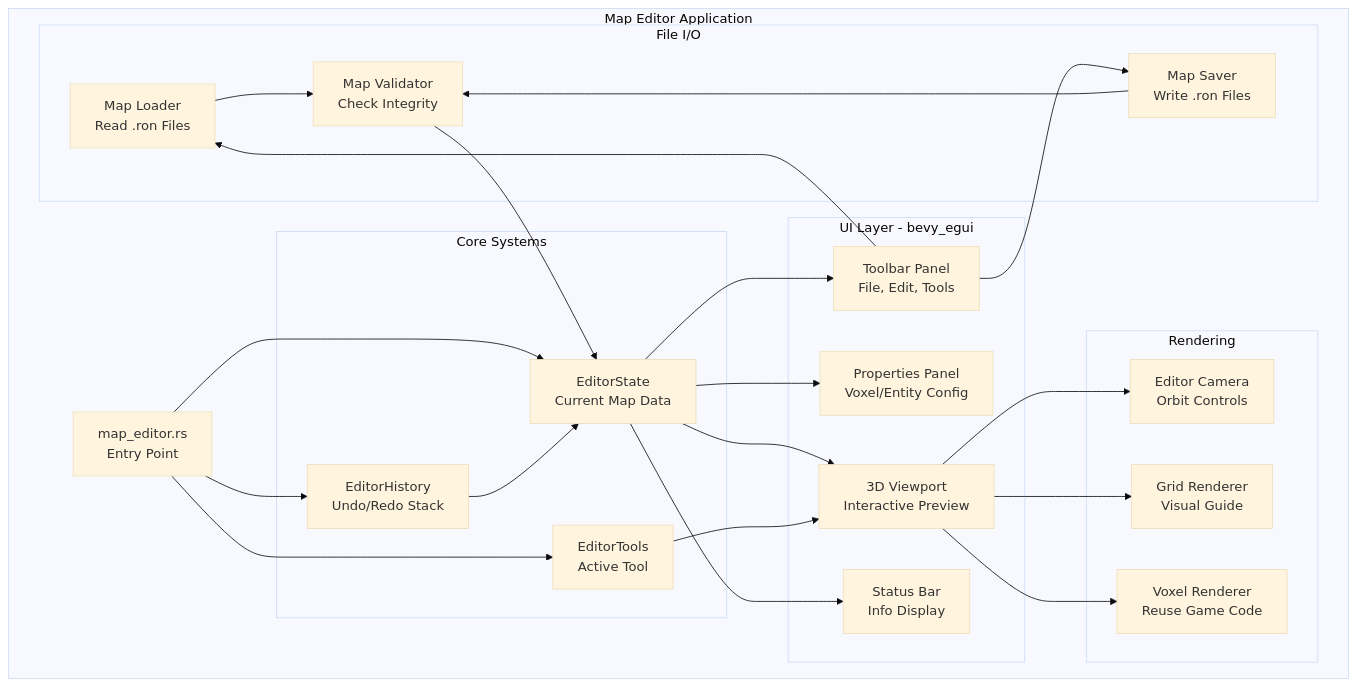
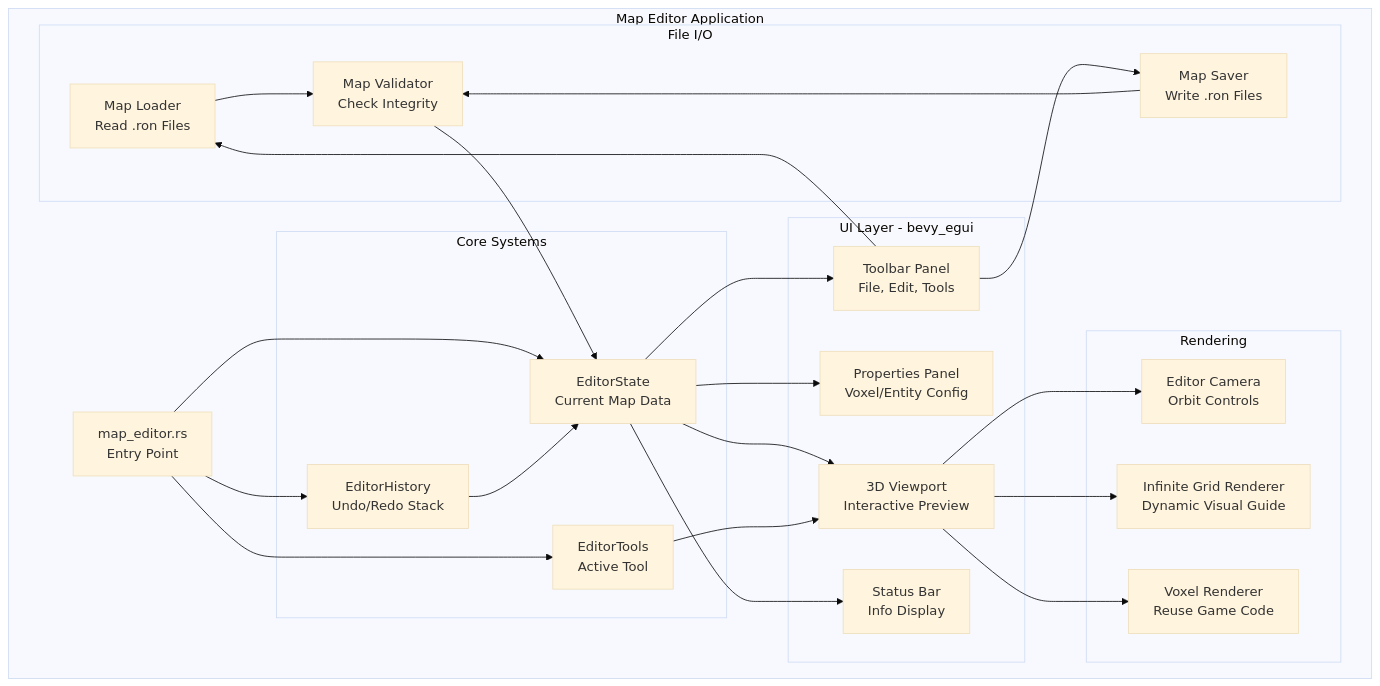
Before and after one commit to ctejada85/adrakestory: the first of 9 diagrams in docs/developer-guide/systems/map-editor/architecture.md, drawn with Mermaid (base theme). The commit also changed other lines of this file, not shown here.

Commit message:
fix: update infinite grid system with dynamic regeneration and detailed configuration

````diff
--- a/docs/developer-guide/systems/map-editor/architecture.md
+++ b/docs/developer-guide/systems/map-editor/architecture.md
@@ -5,54 +5,54 @@
 ```mermaid
 graph TB
     subgraph "Map Editor Application"
         Entry[map_editor.rs<br/>Entry Point]
         
         subgraph "Core Systems"
             State[EditorState<br/>Current Map Data]
             History[EditorHistory<br/>Undo/Redo Stack]
             Tools[EditorTools<br/>Active Tool]
         end
         
         subgraph "UI Layer - bevy_egui"
             Toolbar[Toolbar Panel<br/>File, Edit, Tools]
             Props[Properties Panel<br/>Voxel/Entity Config]
             Viewport[3D Viewport<br/>Interactive Preview]
             Status[Status Bar<br/>Info Display]
         end
         
         subgraph "Rendering"
             Camera[Editor Camera<br/>Orbit Controls]
-            Grid[Grid Renderer<br/>Visual Guide]
+            Grid[Infinite Grid Renderer<br/>Dynamic Visual Guide]
             VoxelRender[Voxel Renderer<br/>Reuse Game Code]
         end
         
         subgraph "File I/O"
             Loader[Map Loader<br/>Read .ron Files]
             Saver[Map Saver<br/>Write .ron Files]
             Validator[Map Validator<br/>Check Integrity]
         end
     end
     
     Entry --> State
     Entry --> History
     Entry --> Tools
     
     State --> Toolbar
     State --> Props
     State --> Viewport
     State --> Status
     
     Tools --> Viewport
     History --> State
     
     Viewport --> Camera
     Viewport --> Grid
     Viewport --> VoxelRender
     
     Toolbar --> Loader
     Toolbar --> Saver
     Saver --> Validator
     Loader --> Validator
     
     Validator --> State
 ```
````
